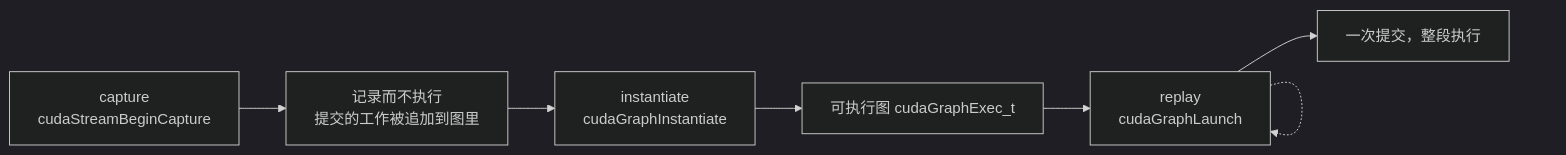
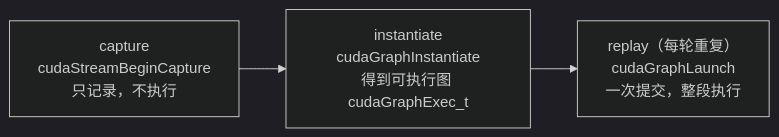
One commit to xingcanlee/infra-note changed the diagram in src/content/posts/vllm-graph/03-cuda-graph/index.mdx. Above: the diagram before and after it, drawn with Mermaid (dark theme). The commit also changed 6 other files, not shown here.

````diff
--- a/src/content/posts/vllm-graph/03-cuda-graph/index.mdx
+++ b/src/content/posts/vllm-graph/03-cuda-graph/index.mdx
@@ -46,9 +46,5 @@
 ```mermaid
 flowchart LR
-  A["capture<br/>cudaStreamBeginCapture"] --> B["记录而不执行<br/>提交的工作被追加到图里"]
-  B --> C["instantiate<br/>cudaGraphInstantiate"]
-  C --> D["可执行图 cudaGraphExec_t"]
-  D --> E["replay<br/>cudaGraphLaunch"]
-  E --> F["一次提交，整段执行"]
-  E -.-> E
+  A["capture<br/>cudaStreamBeginCapture<br/>只记录，不执行"] --> C["instantiate<br/>cudaGraphInstantiate<br/>得到可执行图 cudaGraphExec_t"]
+  C --> E["replay（每轮重复）<br/>cudaGraphLaunch<br/>一次提交，整段执行"]
 ```
````
